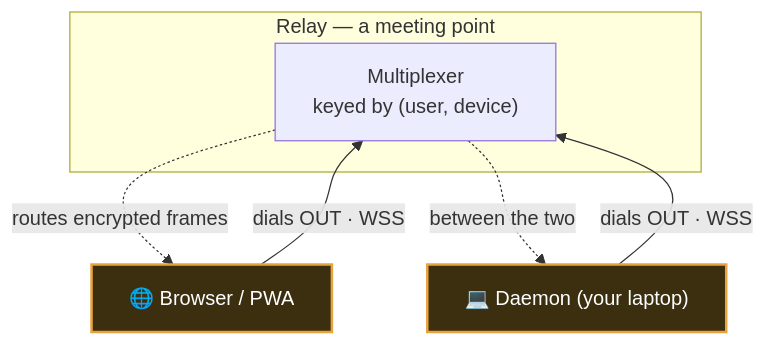
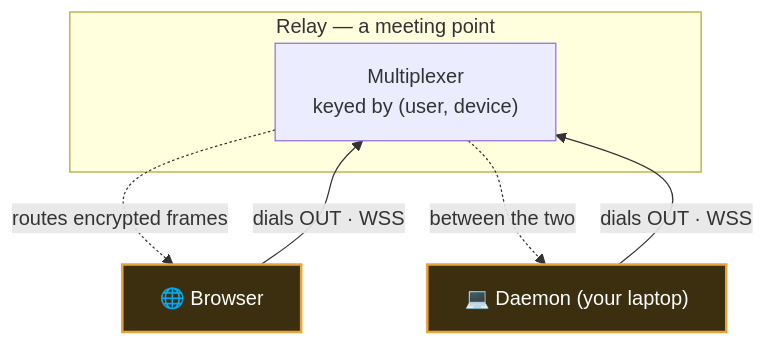
The second of 5 diagrams in docs/connecting-your-machine.md (PouyanJay/telecode), drawn with Mermaid before and after one commit. The commit also changed 4 other files, not shown here.

````diff
--- a/docs/connecting-your-machine.md
+++ b/docs/connecting-your-machine.md
@@ -35,13 +35,13 @@
 ```mermaid
 flowchart TB
     subgraph cloud["Relay — a meeting point"]
         R["Multiplexer<br/>keyed by (user, device)"]
     end
-    B["🌐 Browser / PWA"] -->|"dials OUT · WSS"| R
+    B["🌐 Browser"] -->|"dials OUT · WSS"| R
     D["💻 Daemon (your laptop)"] -->|"dials OUT · WSS"| R
     R -.->|"routes encrypted frames"| B
     R -.->|"between the two"| D
 
     classDef ends fill:#3b2f10,stroke:#e8a33d,stroke-width:2px,color:#fff;
     class B,D ends
 ```
````
